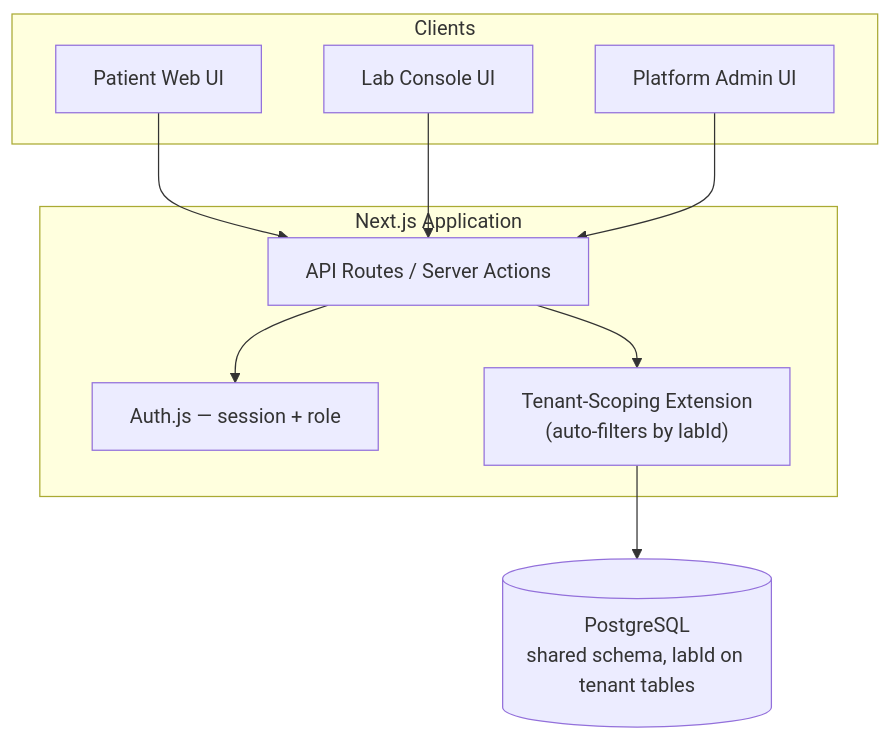
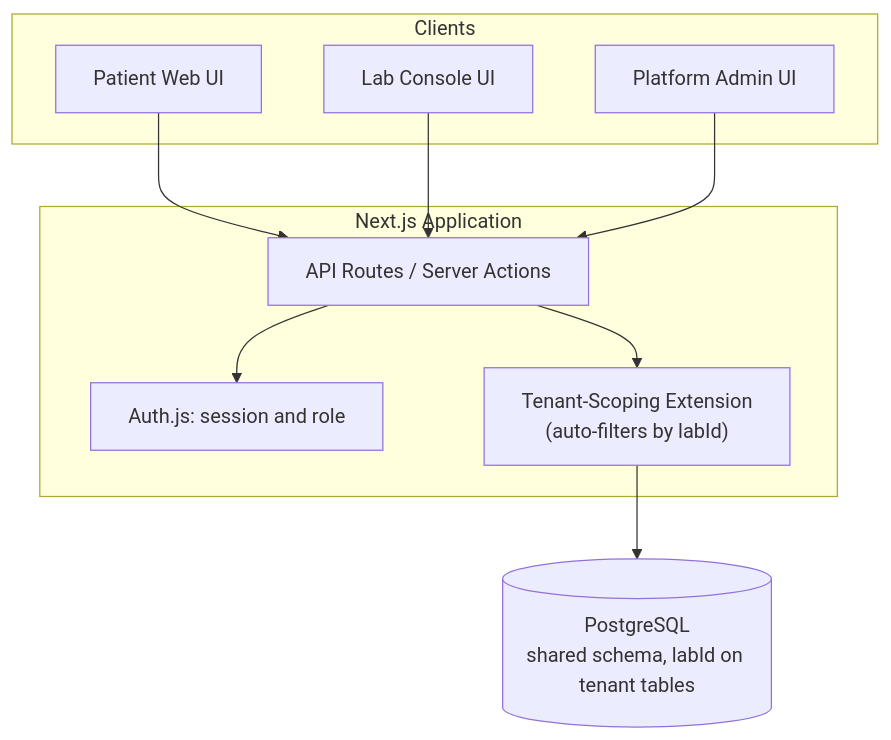
Before and after one commit to DowanaVictoria/labtrack: the first of 6 diagrams in docs/System_Design.md, drawn with Mermaid. The commit also changed other lines of this file and 23 other files, not shown here.

````diff
--- a/docs/System_Design.md
+++ b/docs/System_Design.md
@@ -44,23 +46,23 @@
 ```mermaid
 flowchart TB
     subgraph Clients
         PC["Patient Web UI"]
         LC["Lab Console UI"]
         AC["Platform Admin UI"]
     end
 
     subgraph App["Next.js Application"]
         API["API Routes / Server Actions"]
-        AUTH["Auth.js — session + role"]
+        AUTH["Auth.js: session and role"]
         TSCOPE["Tenant-Scoping Extension\n(auto-filters by labId)"]
     end
 
     DB[("PostgreSQL\nshared schema, labId on tenant tables")]
 
     PC --> API
     LC --> API
     AC --> API
     API --> AUTH
     API --> TSCOPE
     TSCOPE --> DB
 ```
````
